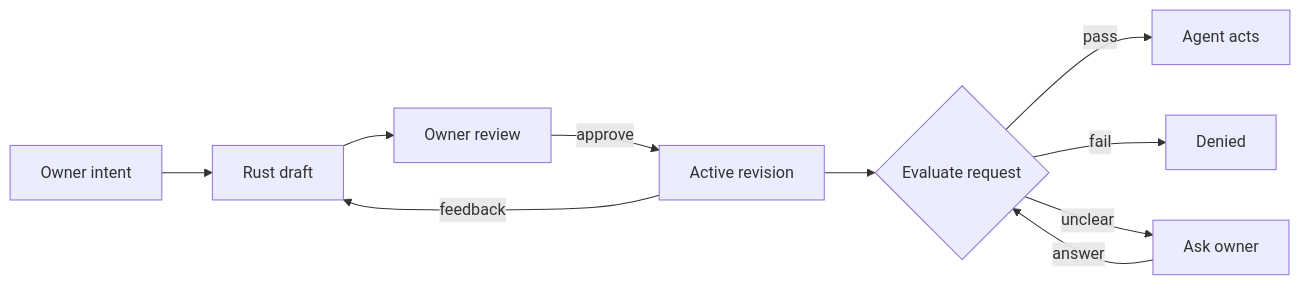
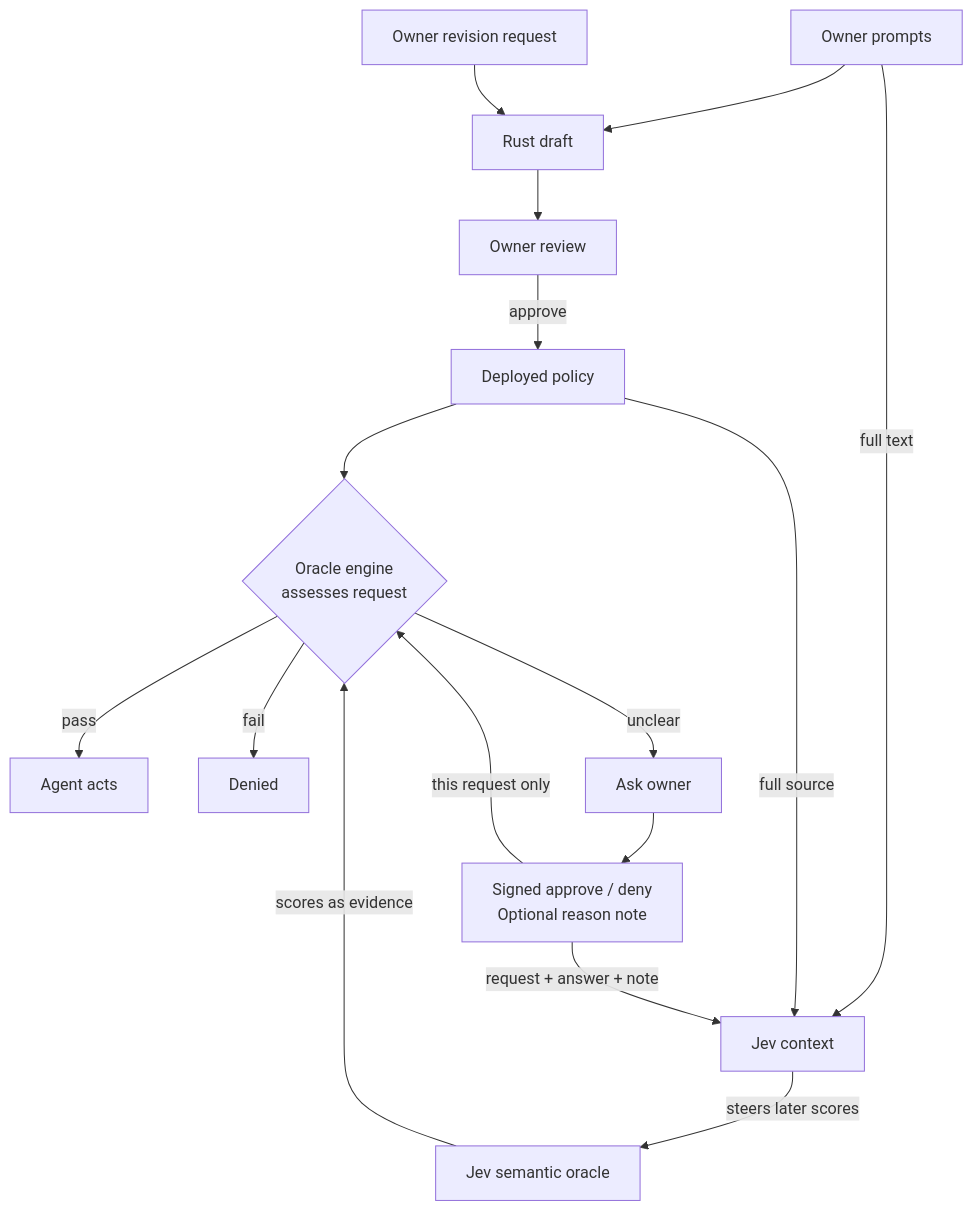
The fourth of 8 diagrams in docs/architecture.md (AllowIt-hq/Colosseum), drawn with Mermaid before and after one commit. The commit also changed other lines of this file and 1 other file, not shown here.

Commit message:
Align operation namespaces and custody architecture

````diff
--- a/docs/architecture.md
+++ b/docs/architecture.md
@@ -113,12 +115,18 @@
 ```mermaid
-flowchart LR
-    Intent[Owner intent] --> Draft[Rust draft]
+flowchart TB
+    Prompts[Owner prompts] --> Draft[Rust draft]
     Draft --> Review[Owner review]
-    Review -->|approve| Active[Active revision]
-    Active --> Eval{Evaluate request}
+    Review -->|approve| Active[Deployed policy]
+    Active --> Eval{Oracle engine<br/>assesses request}
+    Jev[Jev semantic oracle] -->|scores as evidence| Eval
     Eval -->|pass| Act[Agent acts]
     Eval -->|fail| Deny[Denied]
     Eval -->|unclear| Ask[Ask owner]
-    Ask -->|answer| Eval
-    Active -->|feedback| Draft
+    Ask --> Answer[Signed approve / deny<br/>Optional reason note]
+    Answer -->|this request only| Eval
+    Prompts -->|full text| Ctx[Jev context]
+    Active -->|full source| Ctx
+    Answer -->|request + answer + note| Ctx
+    Ctx -->|steers later scores| Jev
+    Revise[Owner revision request] --> Draft
 ```
````
